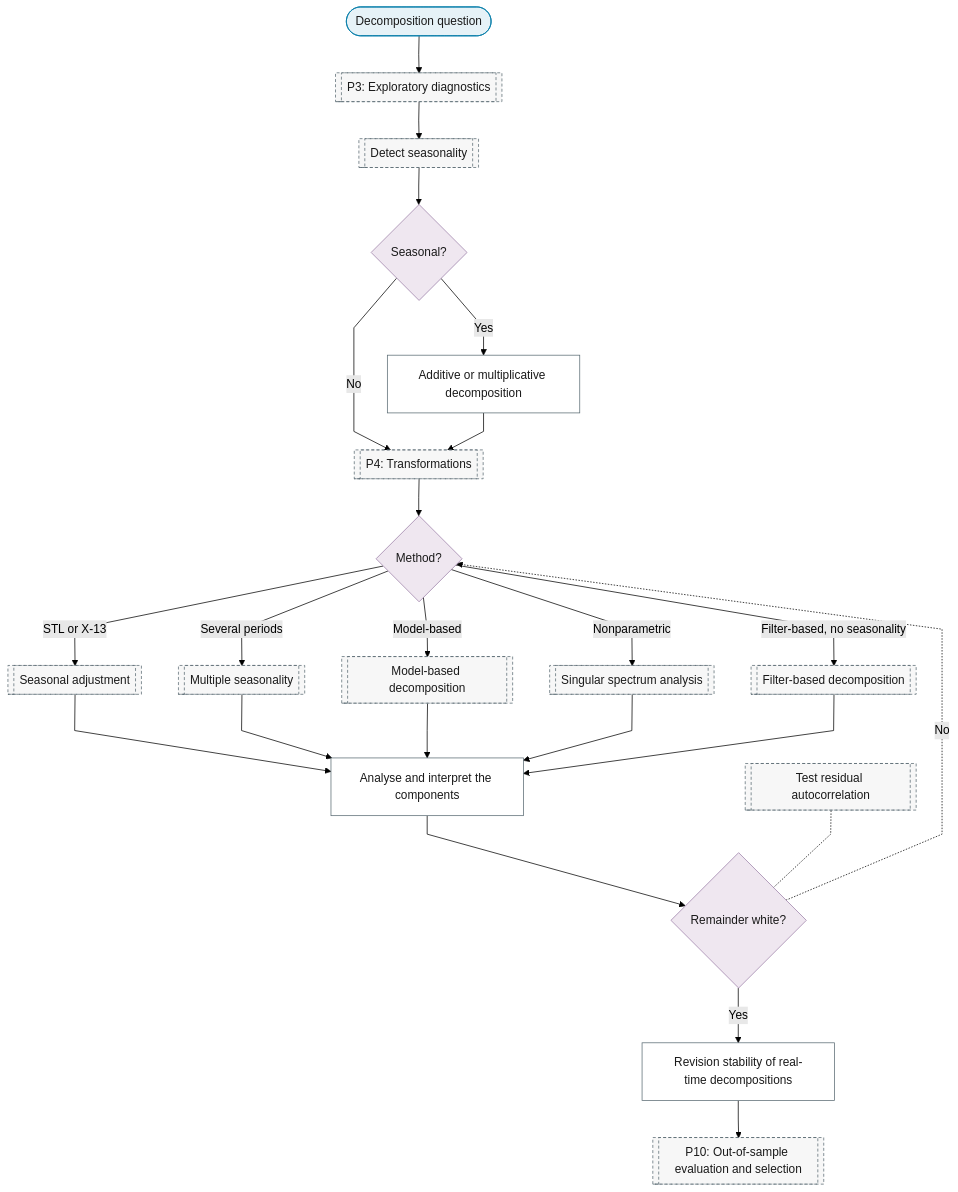
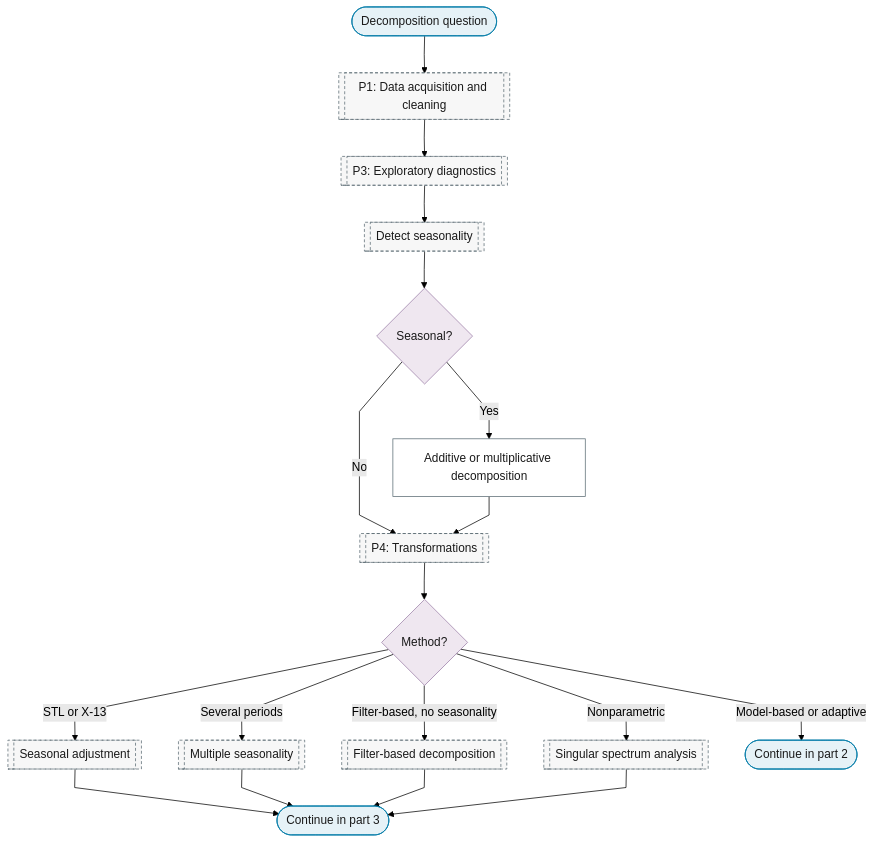
One commit to Shuxin-Y/time-series-analysis-manual changed the first of 3 diagrams in docs/01-workflow/p00-purpose/06-decomposition.md. Above: the diagram before and after it, drawn with Mermaid (forest theme). The commit also changed other lines of this file and 20 other files, not shown here.

````diff
--- a/docs/01-workflow/p00-purpose/06-decomposition.md
+++ b/docs/01-workflow/p00-purpose/06-decomposition.md
@@ -7,34 +9,30 @@
 ```mermaid
 %%{init: {"flowchart": {"curve": "linear"}}}%%
 graph TD
-    P0_DC_IN(["Decomposition question"]) --> P3[["P3: Exploratory diagnostics"]]
+    P0_DC_IN(["Decomposition question"]) --> P1[["P1: Data acquisition and cleaning"]]
+    P1 --> P3[["P3: Exploratory diagnostics"]]
     P3 --> P3_SEASONALITY[["Detect seasonality"]]
     P3_SEASONALITY --> P0_DC_SEASONAL{"Seasonal?"}
     P0_DC_SEASONAL -->|"Yes"| P0_DC_ADDITIVE_MULTIPLICATIVE["Additive or multiplicative decomposition"]
     P0_DC_SEASONAL -->|"No"| P4
     P0_DC_ADDITIVE_MULTIPLICATIVE --> P4[["P4: Transformations"]]
     P4 --> P0_DC_METHOD{"Method?"}
     P0_DC_METHOD -->|"STL or X-13"| P4_SEASONAL_ADJUSTMENT[["Seasonal adjustment"]]
     P0_DC_METHOD -->|"Several periods"| P4_MULTIPLE_SEASONALITY[["Multiple seasonality"]]
-    P0_DC_METHOD -->|"Model-based"| P4_MODEL_DECOMPOSITION[["Model-based decomposition"]]
+    P0_DC_METHOD -->|"Filter-based, no seasonality"| P4_FILTER_DECOMPOSITION[["Filter-based decomposition"]]
     P0_DC_METHOD -->|"Nonparametric"| P4_SSA[["Singular spectrum analysis"]]
-    P0_DC_METHOD -->|"Filter-based, no seasonality"| P4_FILTER_DECOMPOSITION[["Filter-based decomposition"]]
-    P4_SEASONAL_ADJUSTMENT & P4_MULTIPLE_SEASONALITY & P4_MODEL_DECOMPOSITION & P4_SSA & P4_FILTER_DECOMPOSITION --> P0_DC_COMPONENT_ANALYSIS["Analyse and interpret the components"]
-    P0_DC_COMPONENT_ANALYSIS --> P0_DC_RESIDUAL{"Remainder white?"}
-    P7_MEAN_TESTS[["Test residual autocorrelation"]] -.- P0_DC_RESIDUAL
-    P0_DC_RESIDUAL -.->|"No"| P0_DC_METHOD
-    P0_DC_RESIDUAL -->|"Yes"| P0_DC_REVISION["Revision stability of real-time decompositions"]
-    P0_DC_REVISION --> P10[["P10: Out-of-sample evaluation and selection"]]
-    class P0_DC_IN terminator
-    class P0_DC_SEASONAL,P0_DC_METHOD,P0_DC_RESIDUAL decision
-    class P0_DC_ADDITIVE_MULTIPLICATIVE,P0_DC_COMPONENT_ANALYSIS,P0_DC_REVISION process
-    class P3,P3_SEASONALITY,P4,P4_SEASONAL_ADJUSTMENT,P4_MULTIPLE_SEASONALITY,P4_MODEL_DECOMPOSITION,P4_SSA,P4_FILTER_DECOMPOSITION,P7_MEAN_TESTS,P10 ref
+    P0_DC_METHOD -->|"Model-based or adaptive"| P0_DC_TO_PART_2(["Continue in part 2"])
+    P4_SEASONAL_ADJUSTMENT & P4_MULTIPLE_SEASONALITY & P4_FILTER_DECOMPOSITION & P4_SSA --> P0_DC_TO_PART_3(["Continue in part 3"])
+    class P0_DC_IN,P0_DC_TO_PART_2,P0_DC_TO_PART_3 terminator
+    class P0_DC_SEASONAL,P0_DC_METHOD decision
+    class P0_DC_ADDITIVE_MULTIPLICATIVE process
+    class P1,P3,P3_SEASONALITY,P4,P4_SEASONAL_ADJUSTMENT,P4_MULTIPLE_SEASONALITY,P4_FILTER_DECOMPOSITION,P4_SSA ref
     classDef terminator fill:#E6F2F7,stroke:#007BA7,color:#1A1A1A;
     classDef process fill:#FFFFFF,stroke:#5A6B73,color:#1A1A1A;
     classDef decision fill:#EFE7F0,stroke:#9B7FA7,color:#1A1A1A;
     classDef data fill:#FFF4E0,stroke:#C9A55E,color:#1A1A1A;
     classDef good fill:#DCEFD8,stroke:#4A7A3F,color:#1A1A1A;
     classDef escalate fill:#FFE9C2,stroke:#C9A55E,color:#1A1A1A;
     classDef problem fill:#F2D9DE,stroke:#800020,color:#1A1A1A;
     classDef ref fill:#F7F7F7,stroke:#5A6B73,color:#1A1A1A,stroke-dasharray:4 3;
 ```
````
